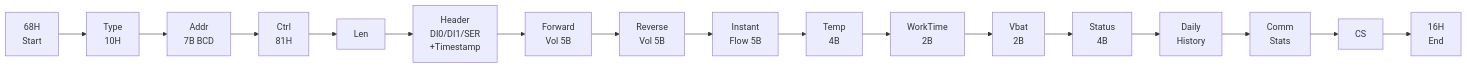
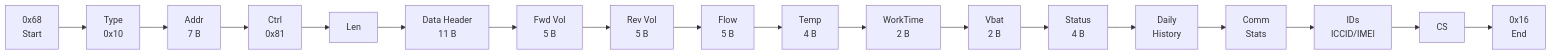
The eighth of 8 diagrams in documentation/DUT/Firmware_Flowchart_BlockDiagram.md (tuantran0707/WM), drawn with Mermaid before and after one commit. The commit also changed other lines of this file, not shown here.

````diff
--- a/documentation/DUT/Firmware_Flowchart_BlockDiagram.md
+++ b/documentation/DUT/Firmware_Flowchart_BlockDiagram.md
@@ -242,6 +287,7 @@
 ```mermaid
 flowchart LR
-    F1["68H<br/>Start"] --> F2["Type<br/>10H"] --> F3["Addr<br/>7B BCD"] --> F4["Ctrl<br/>81H"] --> F5["Len"] --> F6["Header<br/>DI0/DI1/SER<br/>+Timestamp"]
-    F6 --> F7["Forward<br/>Vol 5B"] --> F8["Reverse<br/>Vol 5B"] --> F9["Instant<br/>Flow 5B"] --> F10["Temp<br/>4B"] --> F11["WorkTime<br/>2B"] --> F12["Vbat<br/>2B"]
-    F12 --> F13["Status<br/>4B"] --> F14["Daily<br/>History"] --> F15["Comm<br/>Stats"] --> F16["CS"] --> F17["16H<br/>End"]
+    F1["0x68<br/>Start"] --> F2["Type<br/>0x10"] --> F3["Addr<br/>7 B"] --> F4["Ctrl<br/>0x81"] --> F5["Len"]
+    F5 --> F6["Data Header<br/>11 B"] --> F7["Fwd Vol<br/>5 B"] --> F8["Rev Vol<br/>5 B"] --> F9["Flow<br/>5 B"]
+    F9 --> F10["Temp<br/>4 B"] --> F11["WorkTime<br/>2 B"] --> F12["Vbat<br/>2 B"] --> F13["Status<br/>4 B"]
+    F13 --> F14["Daily<br/>History"] --> F15["Comm<br/>Stats"] --> F16["IDs<br/>ICCID/IMEI"] --> F17["CS"] --> F18["0x16<br/>End"]
 ```
````
